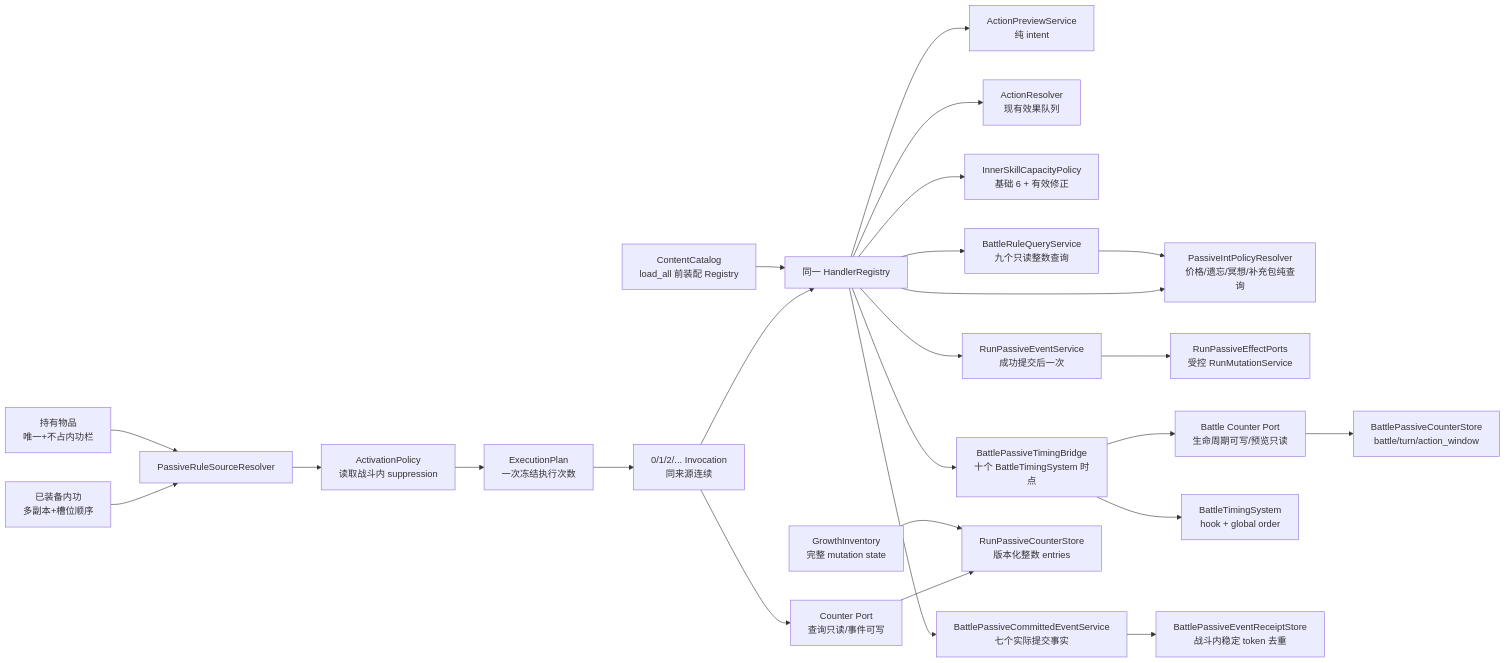
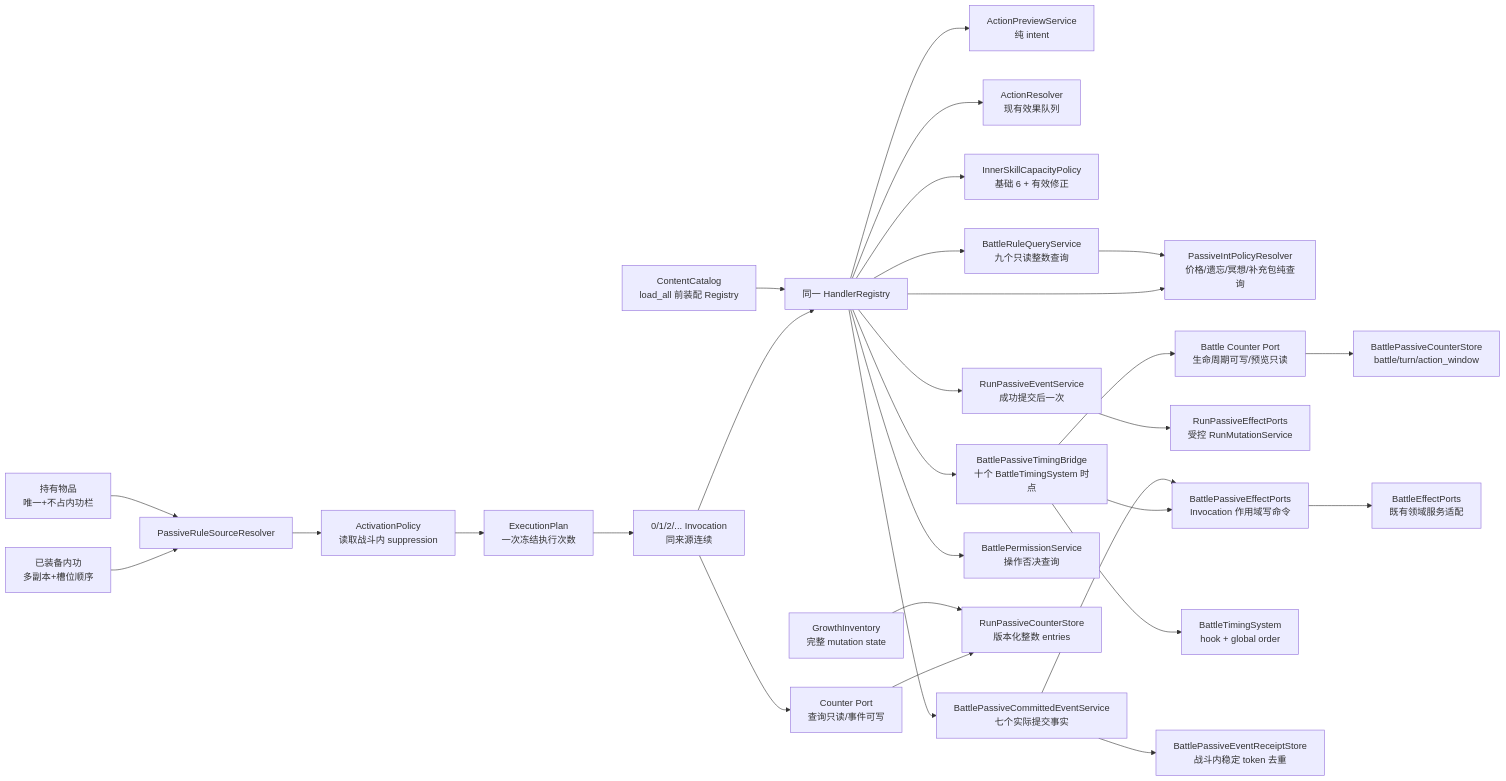
Diagram 15 of 15 in combo_duel_vslice/docs/architecture-diagrams.md (duguyumei/games), drawn with Mermaid before and after one commit. The commit also changed other lines of this file and 12 other files, not shown here.

````diff
--- a/combo_duel_vslice/docs/architecture-diagrams.md
+++ b/combo_duel_vslice/docs/architecture-diagrams.md
@@ -545,27 +545,31 @@
 ```mermaid
 flowchart LR
     INNER["已装备内功<br/>多副本+槽位顺序"] --> SRC["PassiveRuleSourceResolver"]
     ITEM["持有物品<br/>唯一+不占内功栏"] --> SRC
     SRC --> ACT["ActivationPolicy<br/>读取战斗内 suppression"]
     ACT --> PLAN["ExecutionPlan<br/>一次冻结执行次数"]
     PLAN --> INV["0/1/2/... Invocation<br/>同来源连续"]
     INV --> REG["同一 HandlerRegistry"]
     REG --> PREVIEW["ActionPreviewService<br/>纯 intent"]
     REG --> RESOLVE["ActionResolver<br/>现有效果队列"]
     REG --> CAP["InnerSkillCapacityPolicy<br/>基础 6 + 有效修正"]
     REG --> INT["PassiveIntPolicyResolver<br/>价格/遗忘/冥想/补充包纯查询"]
     REG --> EVENT["RunPassiveEventService<br/>成功提交后一次"]
     REG --> BRIDGE["BattlePassiveTimingBridge<br/>十个 BattleTimingSystem 时点"]
     REG --> BEVENT["BattlePassiveCommittedEventService<br/>七个实际提交事实"]
     REG --> BQUERY["BattleRuleQueryService<br/>九个只读整数查询"]
+    REG --> BPERM["BattlePermissionService<br/>操作否决查询"]
+    BRIDGE --> BPWRITE["BattlePassiveEffectPorts<br/>Invocation 作用域写命令"]
+    BEVENT --> BPWRITE
+    BPWRITE --> EPORT["BattleEffectPorts<br/>既有领域服务适配"]
     EVENT --> PORTS["RunPassiveEffectPorts<br/>受控 RunMutationService"]
     INV --> CPORT["Counter Port<br/>查询只读/事件可写"]
     CPORT --> CSTORE["RunPassiveCounterStore<br/>版本化整数 entries"]
     BRIDGE --> BPORT["Battle Counter Port<br/>生命周期可写/预览只读"]
     BPORT --> BSTORE["BattlePassiveCounterStore<br/>battle/turn/action_window"]
     BRIDGE --> TIMING["BattleTimingSystem<br/>hook + global order"]
     BEVENT --> RECEIPT["BattlePassiveEventReceiptStore<br/>战斗内稳定 token 去重"]
     BQUERY --> INT
     GROWTH["GrowthInventory<br/>完整 mutation state"] --> CSTORE
     CAT["ContentCatalog<br/>load_all 前装配 Registry"] --> REG
 ```
````
